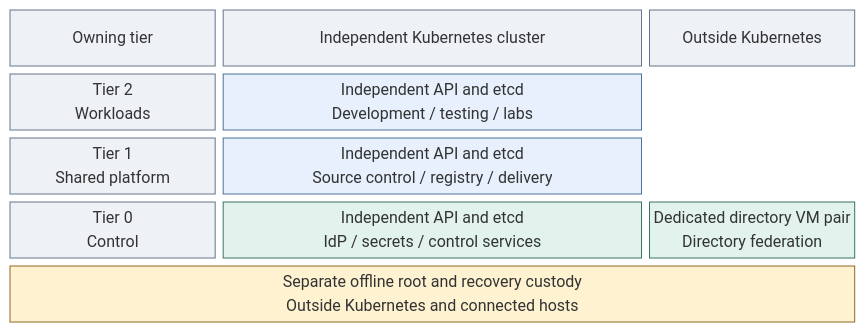
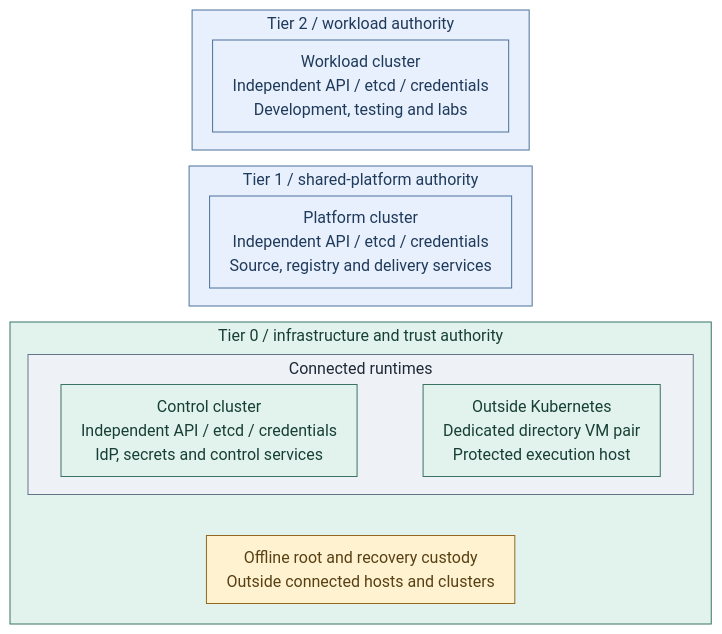
One commit to Rexus/homelab changed the diagram in docs/01-architecture/04-hosting/03-kubernetes.md. Above: the diagram before and after it, drawn with Mermaid. The commit also changed other lines of this file and 279 other files, not shown here.

````diff
--- a/docs/01-architecture/04-hosting/03-kubernetes.md
+++ b/docs/01-architecture/04-hosting/03-kubernetes.md
@@ -25,19 +14,32 @@
 ```mermaid
-block-beta
-  columns 4
-  Owner["Owning tier"] Runtime["Independent Kubernetes cluster"]:2 Dedicated["Outside Kubernetes"]
-  T2["Tier 2<br/>Workloads"] C2["Independent API and etcd<br/>Development / testing / labs"]:2 space
-  T1["Tier 1<br/>Shared platform"] C1["Independent API and etcd<br/>Source control / registry / delivery"]:2 space
-  T0["Tier 0<br/>Control"] C0["Independent API and etcd<br/>IdP / secrets / control services"]:2
-  Directory["Dedicated directory VM pair<br/>Directory federation"]
-  Custody["Separate offline root and recovery custody<br/>Outside Kubernetes and connected hosts"]:4
+%%{init: {"theme":"base","flowchart":{"nodeSpacing":16,"rankSpacing":16,"padding":10,"wrappingWidth":350,"subGraphTitleMargin":{"top":2,"bottom":10}},"themeVariables":{"lineColor":"#627581","edgeLabelBackground":"#f8fafc"}}}%%
+flowchart TB
+  subgraph T2["Tier 2 / workload authority"]
+    C2["Workload cluster<br/>Independent API / etcd / credentials<br/>Development, testing and labs"]
+  end
+  subgraph T1["Tier 1 / shared-platform authority"]
+    C1["Platform cluster<br/>Independent API / etcd / credentials<br/>Source, registry and delivery services"]
+  end
+  subgraph T0["Tier 0 / infrastructure and trust authority"]
+    direction TB
+    subgraph Connected["Connected runtimes"]
+      direction LR
+      C0["Control cluster<br/>Independent API / etcd / credentials<br/>IdP, secrets and control services"]
+      Directory["Outside Kubernetes<br/>Dedicated directory VM pair<br/>Protected execution host"]
+      C0 ~~~ Directory
+    end
+    Custody["Offline root and recovery custody<br/>Outside connected hosts and clusters"]
+    Connected ~~~ Custody
+  end
+  T2 ~~~ T1 ~~~ T0
   classDef default fill:#f8fafc,stroke:#64748b,color:#1f2937
   classDef boundary fill:#eef2f6,stroke:#64748b,color:#1f2937
   classDef services fill:#e7f0fc,stroke:#4d719b,color:#203a5b
   classDef control fill:#e2f3ed,stroke:#397366,color:#173f36
   classDef custody fill:#fff2d1,stroke:#926820,color:#584013
-  class Owner,Runtime,Dedicated,T2,T1,T0 boundary
+  class T2,T1 services
+  class T0,C0,Directory control
+  class Connected boundary
   class C2,C1 services
-  class C0,Directory control
   class Custody custody
 ```
````
